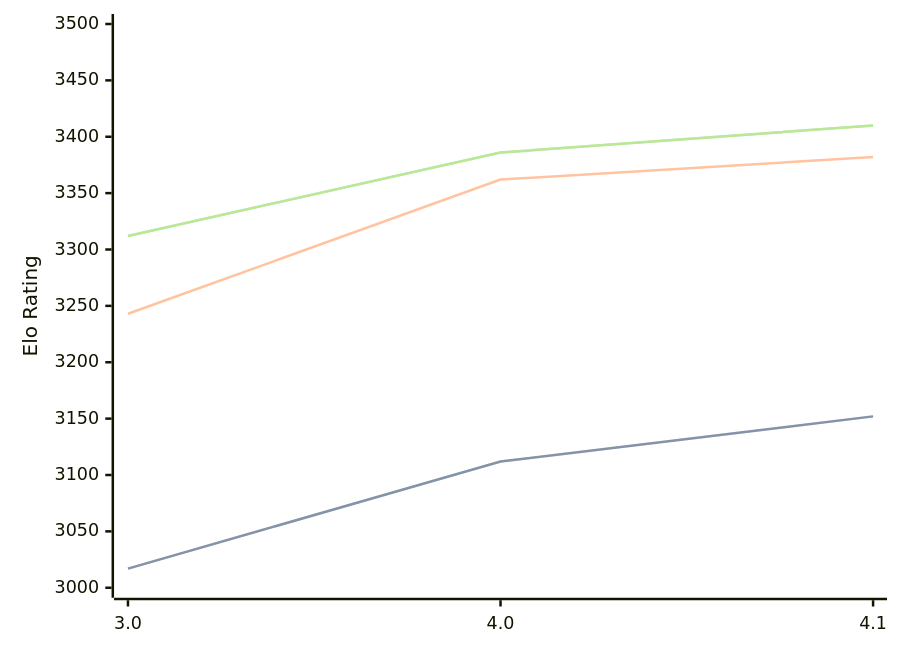
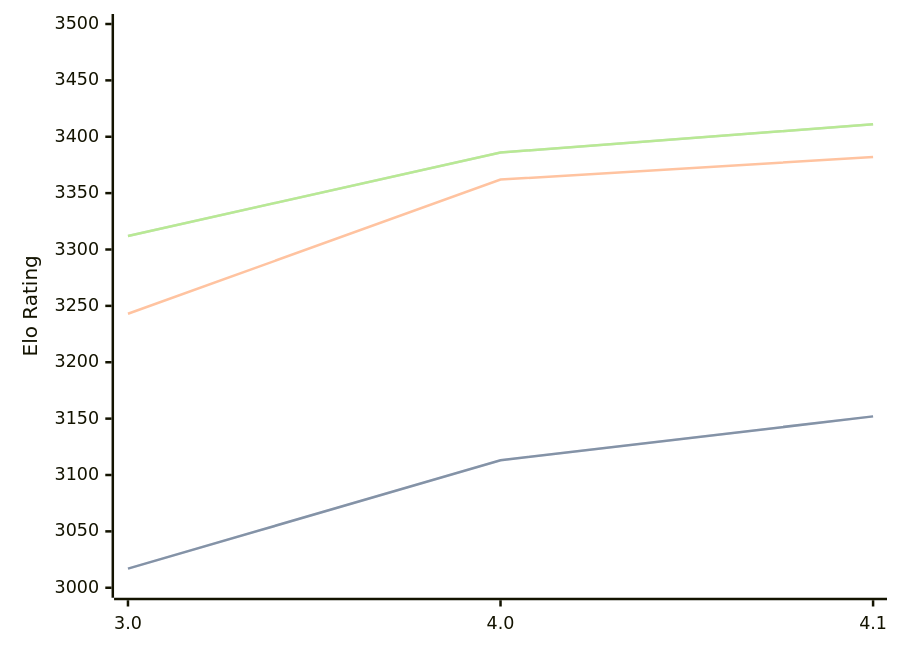
The diagram in engines/Eleanor.md (computer-chess-index/cci), drawn with Mermaid before and after one commit. The commit also changed other lines of this file, not shown here.

Commit message:
Update CCI Ratings (ELO VLTC) - 2026-07-29

````diff
--- a/engines/Eleanor.md
+++ b/engines/Eleanor.md
@@ -35,11 +35,11 @@
 ```mermaid
 %%{init: {"theme":"base","themeVariables":{"seriesColors:['#a3a3a3','#222221','#faa371']}}}%%
 xychart-beta
   x-axis ["3.0", "4.0", "4.1"]
   y-axis "Elo Rating" 3000 --> 3500
-  line "STC (8.0+0.08s)" [3017, 3112, 3152]
-  line "STC (8.0+0.08s)" [3017, 3112, 3152]
+  line "STC (8.0+0.08s)" [3017, 3113, 3152]
+  line "STC (8.0+0.08s)" [3017, 3113, 3152]
   line "LTC (60.0+0.60s)" [3243, 3362, 3382]
-  line "VLTC (2m24s+1.12s)" [3312, 3386, 3410]
-  line "VLTC (2m24s+1.12s)" [3312, 3386, 3410]
+  line "VLTC (2m24s+1.12s)" [3312, 3386, 3411]
+  line "VLTC (2m24s+1.12s)" [3312, 3386, 3411]
 ```
````
